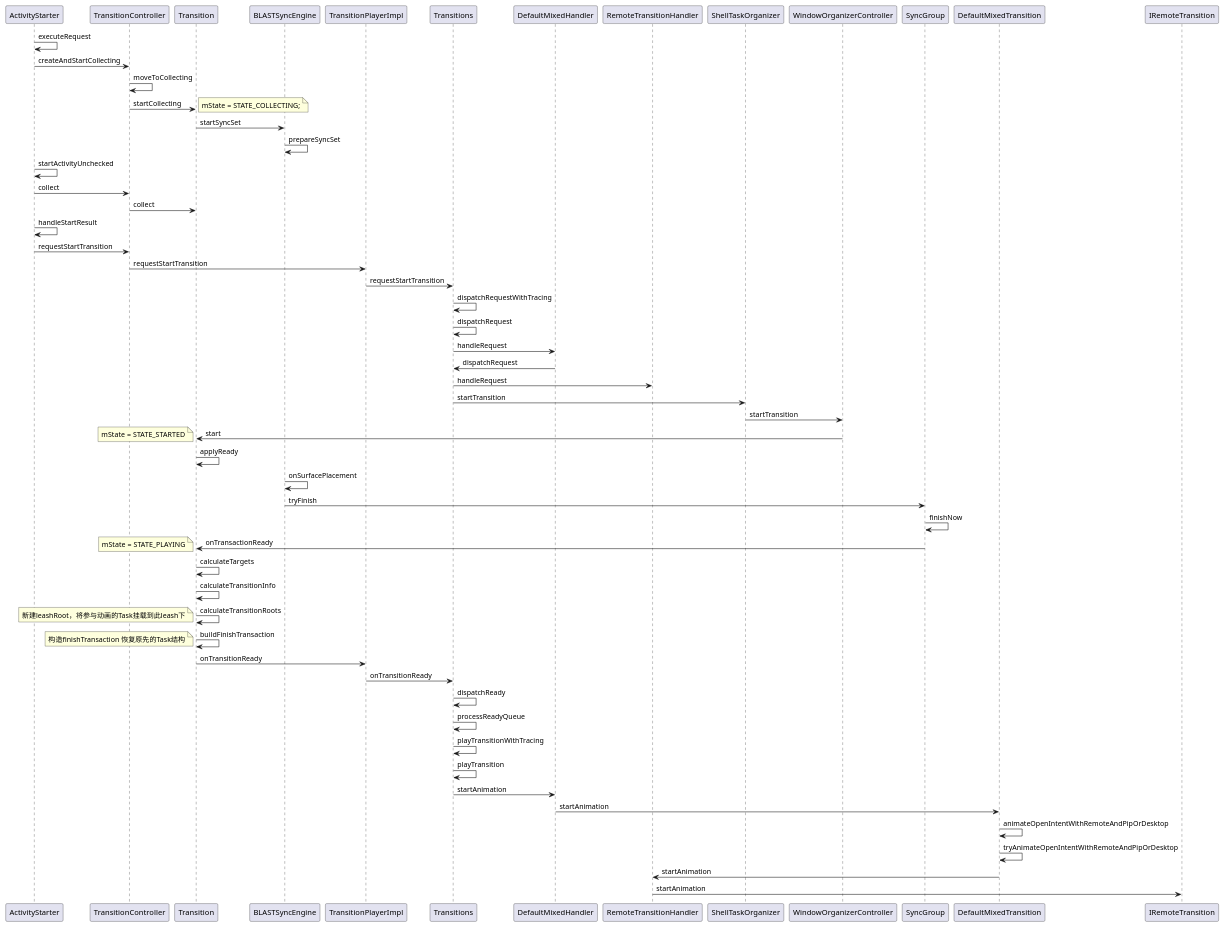
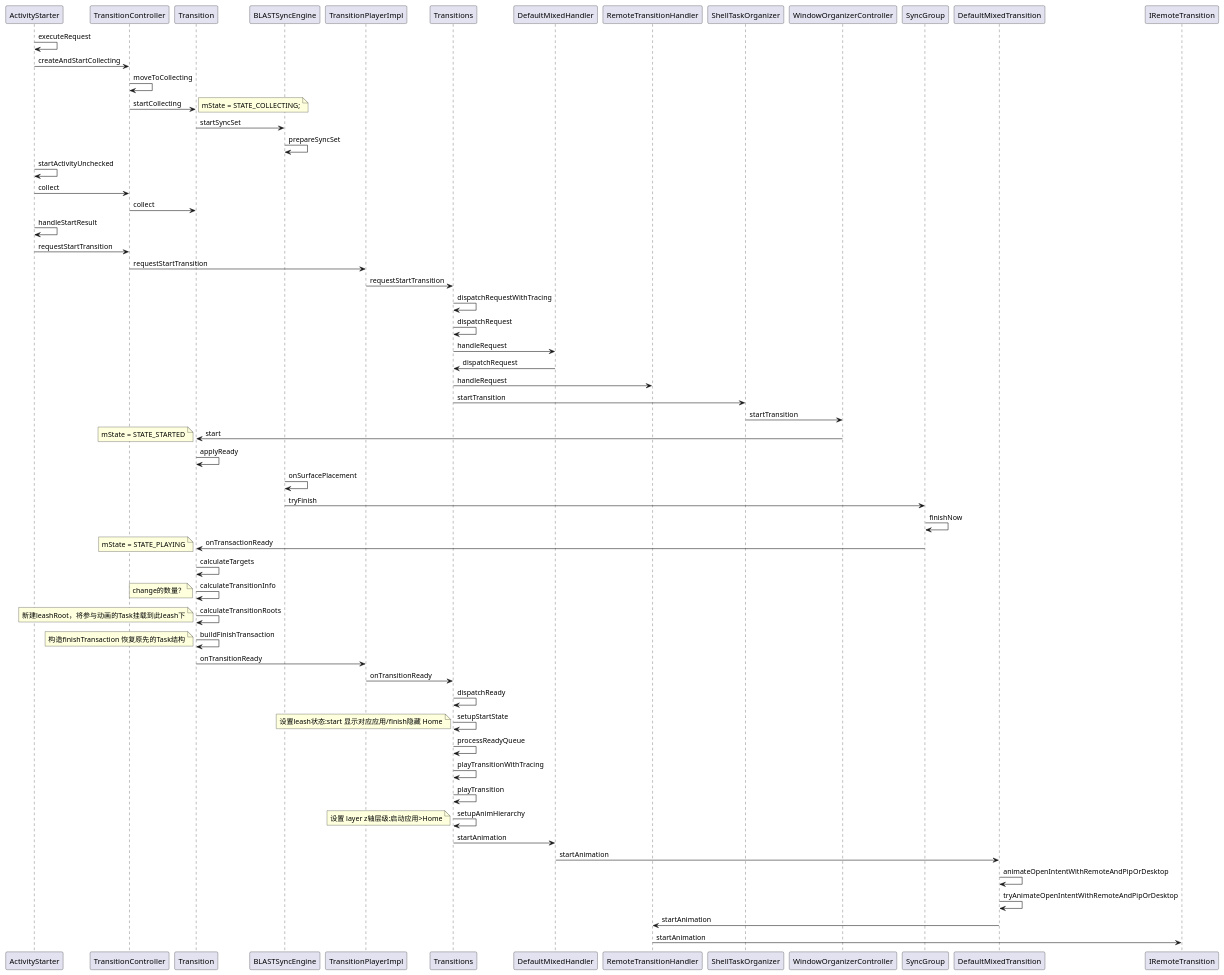
The diagram in framework/Shell Transition流程图.puml (Ionicliquid/Joeeeee), drawn with PlantUML before and after one commit. The commit also changed 1 other file, not shown here.

```diff
--- a/framework/Shell Transition流程图.puml
+++ b/framework/Shell Transition流程图.puml
@@ -1,52 +1,57 @@
 @startuml
 'https://plantuml.com/sequence-diagram
 
 ActivityStarter -> ActivityStarter : executeRequest
 ActivityStarter -> TransitionController: createAndStartCollecting
 TransitionController -> TransitionController: moveToCollecting
 TransitionController -> Transition: startCollecting
 note right : mState = STATE_COLLECTING;
 Transition -> BLASTSyncEngine: startSyncSet
 BLASTSyncEngine -> BLASTSyncEngine: prepareSyncSet
 ActivityStarter -> ActivityStarter:startActivityUnchecked
 ActivityStarter -> TransitionController:collect
 TransitionController -> Transition:collect
 
 ActivityStarter -> ActivityStarter: handleStartResult
 ActivityStarter -> TransitionController:requestStartTransition
 TransitionController -> TransitionPlayerImpl:requestStartTransition
 TransitionPlayerImpl -> Transitions: requestStartTransition
 Transitions -> Transitions:dispatchRequestWithTracing
 Transitions -> Transitions:dispatchRequest
 Transitions -> DefaultMixedHandler:handleRequest
 DefaultMixedHandler -> Transitions:dispatchRequest
 Transitions -> RemoteTransitionHandler: handleRequest
 Transitions -> ShellTaskOrganizer:startTransition
 ShellTaskOrganizer -> WindowOrganizerController:startTransition
 WindowOrganizerController -> Transition:start
 note left : mState = STATE_STARTED
 Transition -> Transition:applyReady
 BLASTSyncEngine -> BLASTSyncEngine:onSurfacePlacement
 BLASTSyncEngine -> SyncGroup:tryFinish
 SyncGroup -> SyncGroup:finishNow
 SyncGroup -> Transition:onTransactionReady
 note left:mState = STATE_PLAYING
 Transition -> Transition:calculateTargets
 Transition -> Transition:calculateTransitionInfo
+note left:change的数量？
 Transition -> Transition:calculateTransitionRoots
 note left: 新建leashRoot，将参与动画的Task挂载到此leash下
 Transition -> Transition: buildFinishTransaction
 note left: 构造finishTransaction 恢复原先的Task结构
 Transition -> TransitionPlayerImpl:onTransitionReady
 TransitionPlayerImpl -> Transitions:onTransitionReady
 Transitions -> Transitions:dispatchReady
+Transitions -> Transitions: setupStartState
+note left: 设置leash状态:start 显示对应应用/finish隐藏 Home
 Transitions -> Transitions:processReadyQueue
 Transitions -> Transitions:playTransitionWithTracing
 Transitions -> Transitions:playTransition
+Transitions -> Transitions: setupAnimHierarchy
+note left : 设置 layer z轴层级:启动应用>Home
 Transitions -> DefaultMixedHandler:startAnimation
 DefaultMixedHandler -> DefaultMixedTransition:startAnimation
 DefaultMixedTransition -> DefaultMixedTransition:animateOpenIntentWithRemoteAndPipOrDesktop
 DefaultMixedTransition -> DefaultMixedTransition:tryAnimateOpenIntentWithRemoteAndPipOrDesktop
 DefaultMixedTransition -> RemoteTransitionHandler:startAnimation
 RemoteTransitionHandler -> IRemoteTransition:startAnimation
 @enduml
```
